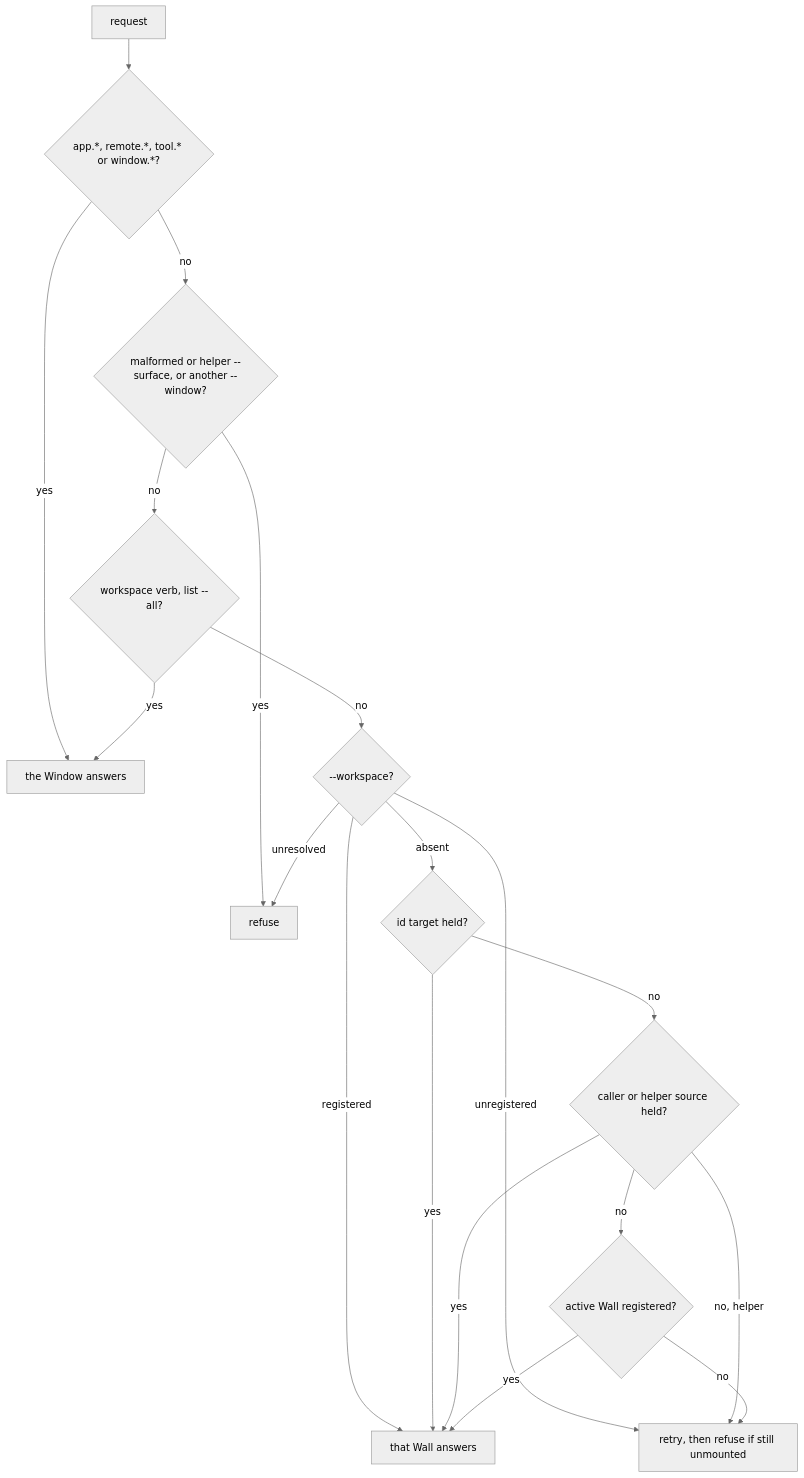
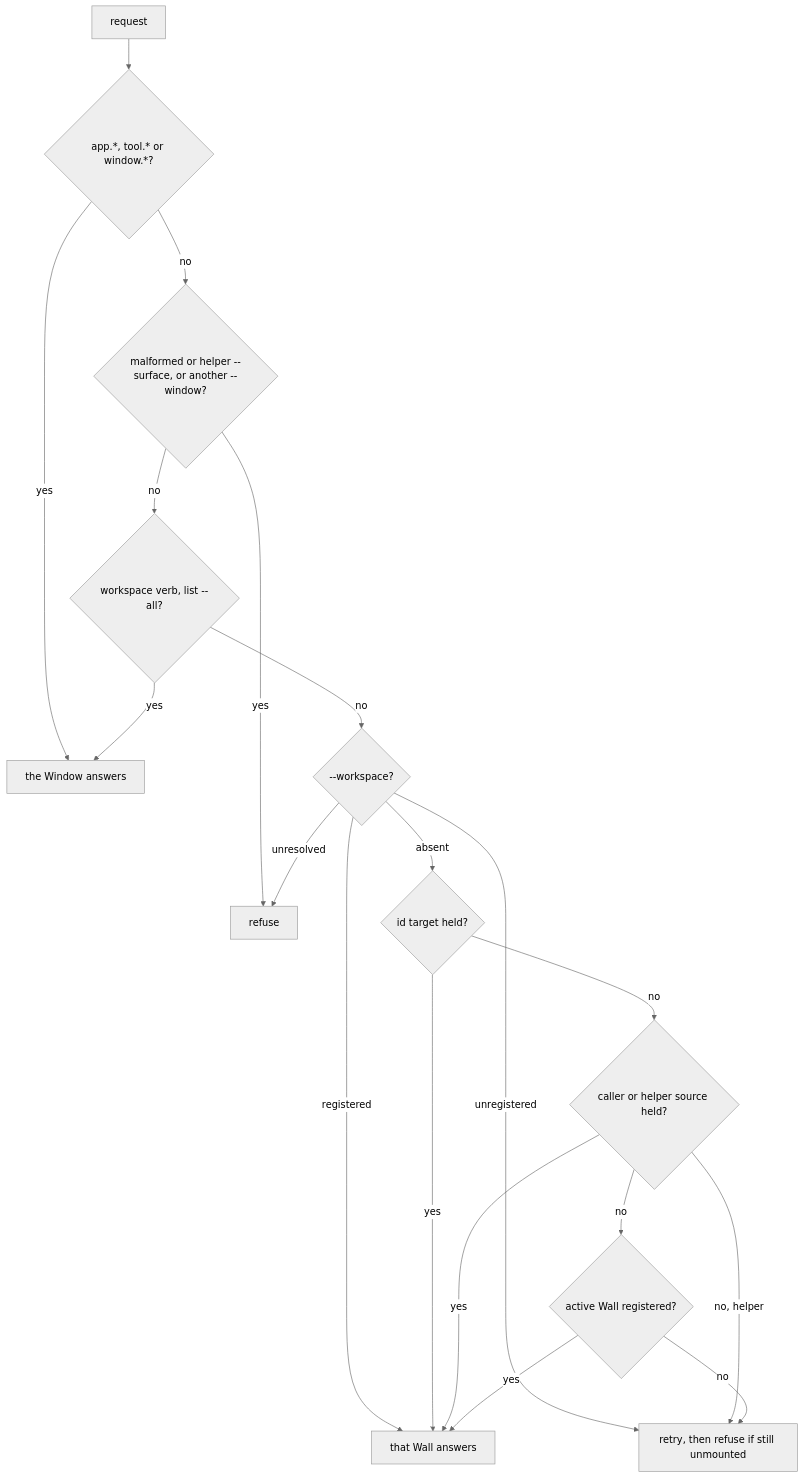
One commit to diffplug/dormouse changed the second of 2 diagrams in docs/specs/dor-cli.md. Above: the diagram before and after it, drawn with Mermaid (neutral theme). The commit also changed other lines of this file and 47 other files, not shown here.

````diff
--- a/docs/specs/dor-cli.md
+++ b/docs/specs/dor-cli.md
@@ -149,21 +149,21 @@
 ```mermaid
 flowchart TD
-  R[request] --> AT{app.*, remote.*, tool.* or window.*?}
+  R[request] --> AT{app.*, tool.* or window.*?}
   AT -- yes --> WIN[the Window answers]
   AT -- no --> BAD{malformed or helper --surface, or another --window?}
   BAD -- yes --> REF[refuse]
   BAD -- no --> C{workspace verb, list --all?}
   C -- yes --> WIN
   C -- no --> WS{--workspace?}
   WS -- unresolved --> REF
   WS -- registered --> H[that Wall answers]
   WS -- unregistered --> P["retry, then refuse if still unmounted"]
   WS -- absent --> ST{id target held?}
   ST -- yes --> H
   ST -- no --> CA{caller or helper source held?}
   CA -- yes --> H
   CA -- no, helper --> P
   CA -- no --> AC{active Wall registered?}
   AC -- yes --> H
   AC -- no --> P
 ```
````
